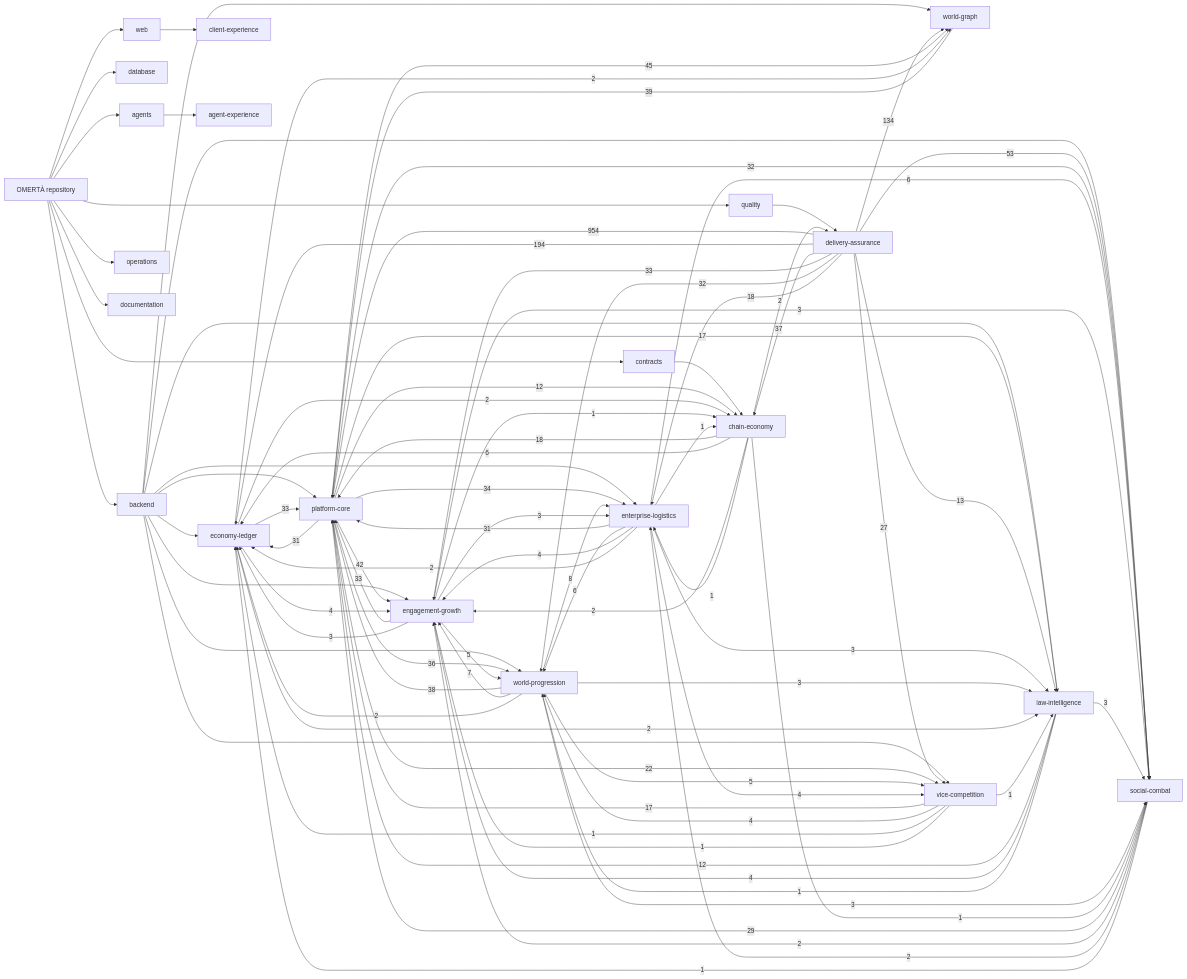
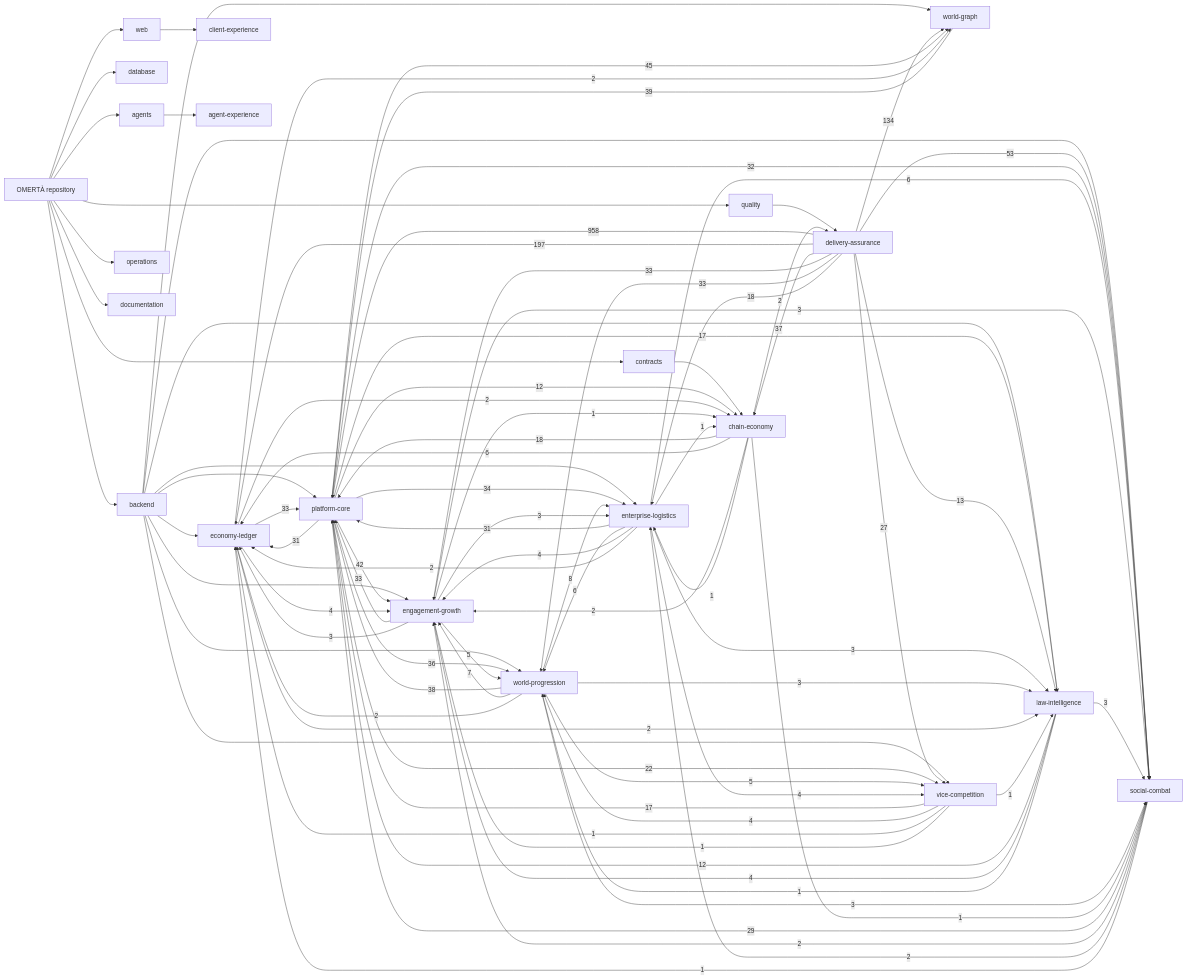
Before and after one commit to OmertaDev/Omerta: the diagram in knowledge/generated/graph.mmd, drawn with Mermaid. The commit also changed 6 other files, not shown here.

```diff
--- a/knowledge/generated/graph.mmd
+++ b/knowledge/generated/graph.mmd
@@ -1,109 +1,109 @@
 flowchart LR
   repo["OMERTÀ repository"]
   sub_backend["backend"]
   repo --> sub_backend
   sub_database["database"]
   repo --> sub_database
   sub_web["web"]
   repo --> sub_web
   sub_contracts["contracts"]
   repo --> sub_contracts
   sub_agents["agents"]
   repo --> sub_agents
   sub_quality["quality"]
   repo --> sub_quality
   sub_operations["operations"]
   repo --> sub_operations
   sub_documentation["documentation"]
   repo --> sub_documentation
   dom_platform-core["platform-core"]
   dom_economy-ledger["economy-ledger"]
   dom_social-combat["social-combat"]
   dom_world-progression["world-progression"]
   dom_world-graph["world-graph"]
   dom_enterprise-logistics["enterprise-logistics"]
   dom_vice-competition["vice-competition"]
   dom_law-intelligence["law-intelligence"]
   dom_chain-economy["chain-economy"]
   dom_engagement-growth["engagement-growth"]
   dom_client-experience["client-experience"]
   dom_agent-experience["agent-experience"]
   dom_delivery-assurance["delivery-assurance"]
   sub_agents --> dom_agent-experience
   sub_backend --> dom_economy-ledger
   sub_backend --> dom_engagement-growth
   sub_backend --> dom_enterprise-logistics
   sub_backend --> dom_law-intelligence
   sub_backend --> dom_platform-core
   sub_backend --> dom_social-combat
   sub_backend --> dom_vice-competition
   sub_backend --> dom_world-graph
   sub_backend --> dom_world-progression
   sub_contracts --> dom_chain-economy
   sub_quality --> dom_delivery-assurance
   sub_web --> dom_client-experience
-  dom_delivery-assurance -->|954| dom_platform-core
-  dom_delivery-assurance -->|194| dom_economy-ledger
+  dom_delivery-assurance -->|958| dom_platform-core
+  dom_delivery-assurance -->|197| dom_economy-ledger
   dom_delivery-assurance -->|134| dom_world-graph
   dom_delivery-assurance -->|53| dom_social-combat
   dom_platform-core -->|45| dom_world-graph
   dom_platform-core -->|42| dom_engagement-growth
   dom_world-graph -->|39| dom_platform-core
   dom_world-progression -->|38| dom_platform-core
   dom_delivery-assurance -->|37| dom_chain-economy
   dom_platform-core -->|36| dom_world-progression
   dom_platform-core -->|34| dom_enterprise-logistics
   dom_delivery-assurance -->|33| dom_engagement-growth
+  dom_delivery-assurance -->|33| dom_world-progression
   dom_economy-ledger -->|33| dom_platform-core
   dom_engagement-growth -->|33| dom_platform-core
-  dom_delivery-assurance -->|32| dom_world-progression
   dom_platform-core -->|32| dom_social-combat
   dom_enterprise-logistics -->|31| dom_platform-core
   dom_platform-core -->|31| dom_economy-ledger
   dom_social-combat -->|29| dom_platform-core
   dom_delivery-assurance -->|27| dom_vice-competition
   dom_platform-core -->|22| dom_vice-competition
   dom_chain-economy -->|18| dom_platform-core
   dom_delivery-assurance -->|18| dom_enterprise-logistics
   dom_platform-core -->|17| dom_law-intelligence
   dom_vice-competition -->|17| dom_platform-core
   dom_delivery-assurance -->|13| dom_law-intelligence
   dom_law-intelligence -->|12| dom_platform-core
   dom_platform-core -->|12| dom_chain-economy
   dom_world-progression -->|8| dom_enterprise-logistics
   dom_world-progression -->|7| dom_engagement-growth
   dom_chain-economy -->|6| dom_economy-ledger
   dom_enterprise-logistics -->|6| dom_social-combat
   dom_enterprise-logistics -->|6| dom_world-progression
   dom_engagement-growth -->|5| dom_world-progression
   dom_world-progression -->|5| dom_vice-competition
   dom_economy-ledger -->|4| dom_engagement-growth
   dom_enterprise-logistics -->|4| dom_engagement-growth
   dom_enterprise-logistics -->|4| dom_vice-competition
   dom_law-intelligence -->|4| dom_engagement-growth
   dom_vice-competition -->|4| dom_world-progression
   dom_engagement-growth -->|3| dom_economy-ledger
   dom_engagement-growth -->|3| dom_enterprise-logistics
   dom_engagement-growth -->|3| dom_social-combat
   dom_enterprise-logistics -->|3| dom_law-intelligence
   dom_law-intelligence -->|3| dom_social-combat
   dom_world-progression -->|3| dom_law-intelligence
   dom_world-progression -->|3| dom_social-combat
   dom_chain-economy -->|2| dom_delivery-assurance
   dom_chain-economy -->|2| dom_engagement-growth
   dom_economy-ledger -->|2| dom_chain-economy
   dom_economy-ledger -->|2| dom_law-intelligence
   dom_economy-ledger -->|2| dom_world-graph
   dom_enterprise-logistics -->|2| dom_economy-ledger
   dom_social-combat -->|2| dom_engagement-growth
   dom_social-combat -->|2| dom_enterprise-logistics
   dom_world-progression -->|2| dom_economy-ledger
   dom_chain-economy -->|1| dom_enterprise-logistics
   dom_chain-economy -->|1| dom_social-combat
   dom_engagement-growth -->|1| dom_chain-economy
   dom_enterprise-logistics -->|1| dom_chain-economy
   dom_law-intelligence -->|1| dom_world-progression
   dom_social-combat -->|1| dom_economy-ledger
   dom_vice-competition -->|1| dom_economy-ledger
   dom_vice-competition -->|1| dom_engagement-growth
   dom_vice-competition -->|1| dom_law-intelligence
```
